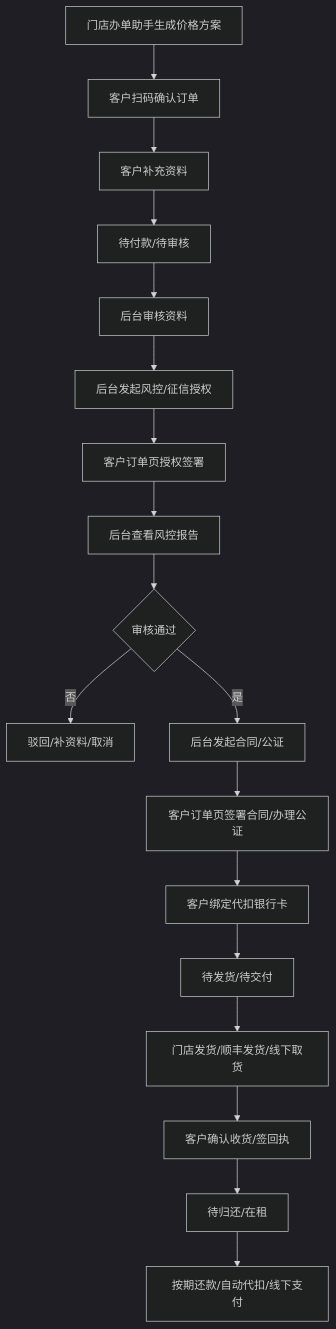
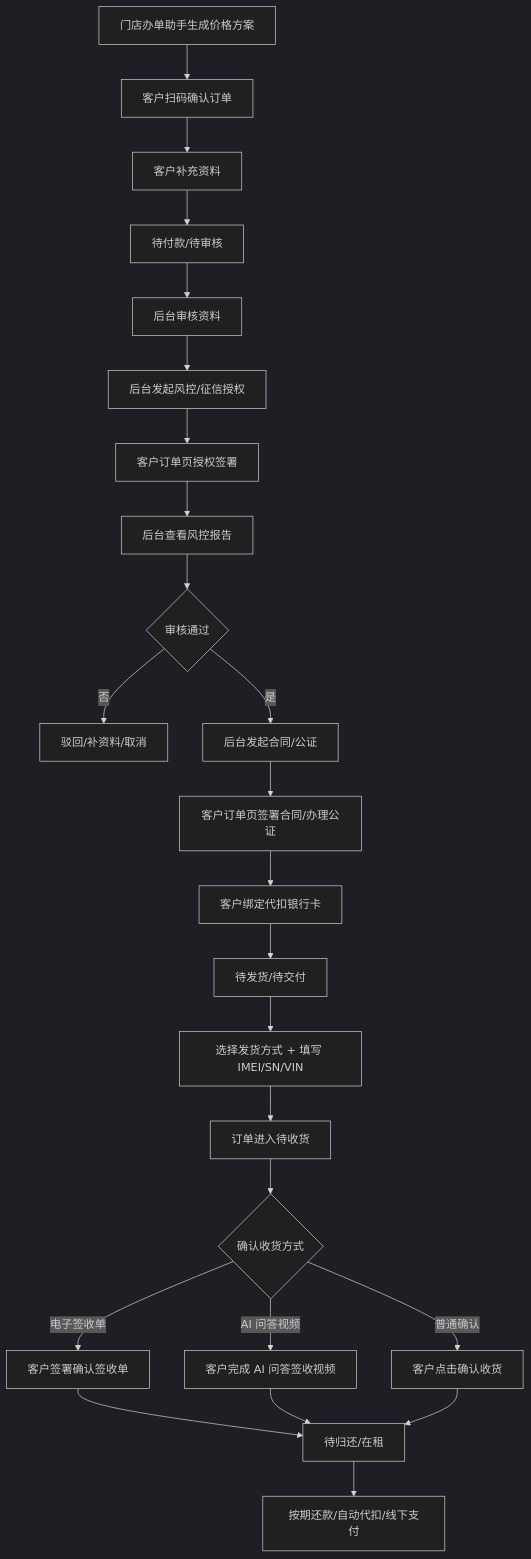
Before and after one commit to joezjyan-bot/mandian-prd: the second of 2 diagrams in PRD/V0.2/03_商品办单助手订单核心链路.md, drawn with Mermaid (dark theme). The commit also changed other lines of this file and 43 other files, not shown here.

````diff
--- a/PRD/V0.2/03_商品办单助手订单核心链路.md
+++ b/PRD/V0.2/03_商品办单助手订单核心链路.md
@@ -471,20 +471,26 @@
 ```mermaid
 flowchart TD
     A["门店办单助手生成价格方案"] --> B["客户扫码确认订单"]
     B --> C["客户补充资料"]
     C --> D["待付款/待审核"]
     D --> E["后台审核资料"]
     E --> F["后台发起风控/征信授权"]
     F --> G["客户订单页授权签署"]
     G --> H["后台查看风控报告"]
     H --> I{"审核通过"}
     I -->|否| J["驳回/补资料/取消"]
     I -->|是| K["后台发起合同/公证"]
     K --> L["客户订单页签署合同/办理公证"]
     L --> M["客户绑定代扣银行卡"]
     M --> N["待发货/待交付"]
-    N --> O["门店发货/顺丰发货/线下取货"]
-    O --> P["客户确认收货/签回执"]
-    P --> Q["待归还/在租"]
+    N --> O["选择发货方式 + 填写 IMEI/SN/VIN"]
+    O --> P["订单进入待收货"]
+    P --> P1{"确认收货方式"}
+    P1 -->|电子签收单| P2["客户签署确认签收单"]
+    P1 -->|AI 问答视频| P3["客户完成 AI 问答签收视频"]
+    P1 -->|普通确认| P4["客户点击确认收货"]
+    P2 --> Q["待归还/在租"]
+    P3 --> Q
+    P4 --> Q
     Q --> R["按期还款/自动代扣/线下支付"]
 ```
````
